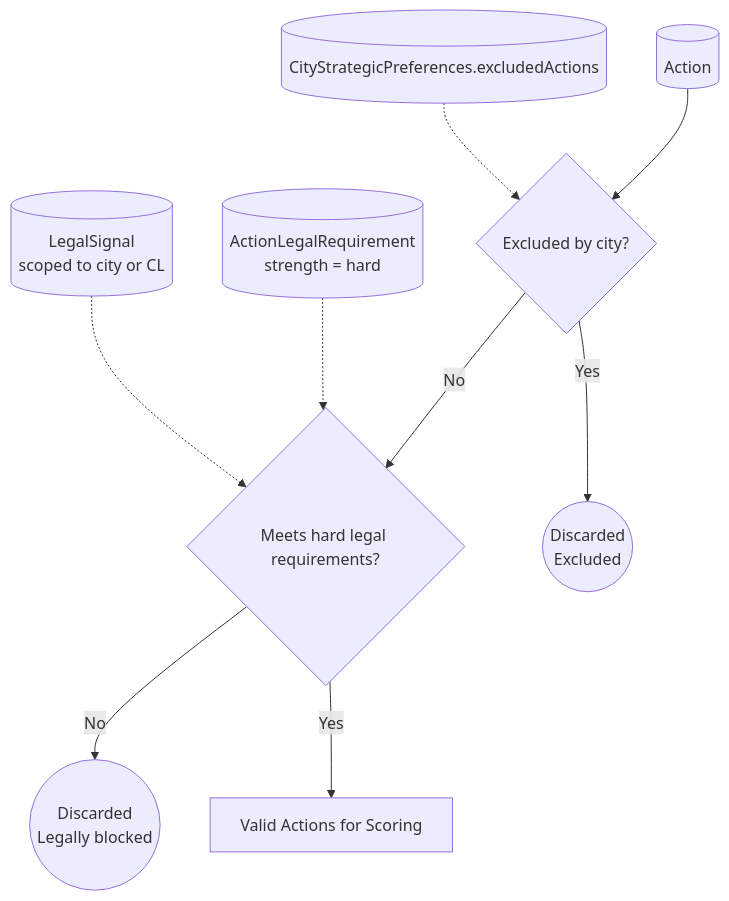
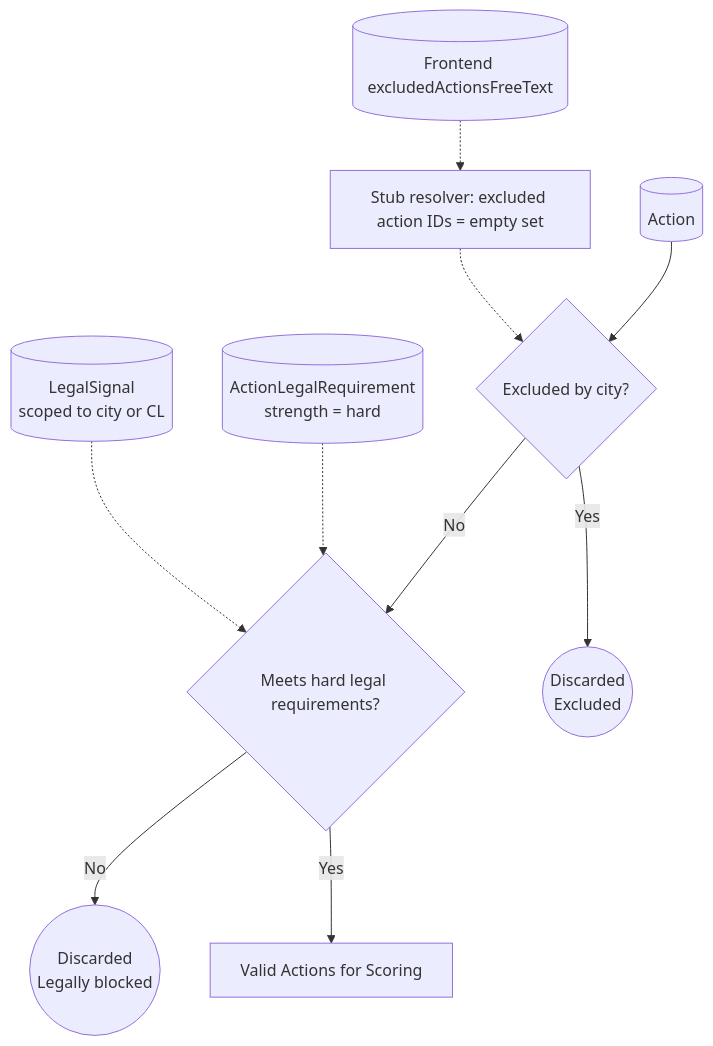
One commit to Open-Earth-Foundation/CityCatalyst changed the first of 5 diagrams in hiap-meed/docs/detailed-block-architecture.md. Above: the diagram before and after it, drawn with Mermaid. The commit also changed other lines of this file and 20 other files, not shown here.

````diff
--- a/hiap-meed/docs/detailed-block-architecture.md
+++ b/hiap-meed/docs/detailed-block-architecture.md
@@ -42,26 +43,28 @@
 ```mermaid
 graph TD
   ActionTbl[(Action)]
-  PrefTbl[(CityStrategicPreferences.excludedActions)]
+  FreeText[(Frontend excludedActionsFreeText)]
+  ExclResolver[Stub resolver: excluded action IDs = empty set]
   ReqTbl[(ActionLegalRequirement<br/>strength = hard)]
   SigTbl[(LegalSignal<br/>scoped to city or CL)]
 
   Excl{Excluded by city?}
   Legal{Meets hard legal requirements?}
 
   DiscardExcl((Discarded<br/>Excluded))
   DiscardLegal((Discarded<br/>Legally blocked))
   Valid[Valid Actions for Scoring]
 
   ActionTbl --> Excl
-  PrefTbl -.-> Excl
+  FreeText -.-> ExclResolver
+  ExclResolver -.-> Excl
 
   Excl -- Yes --> DiscardExcl
   Excl -- No --> Legal
 
   ReqTbl -.-> Legal
   SigTbl -.-> Legal
 
   Legal -- No --> DiscardLegal
   Legal -- Yes --> Valid
 ```
````
